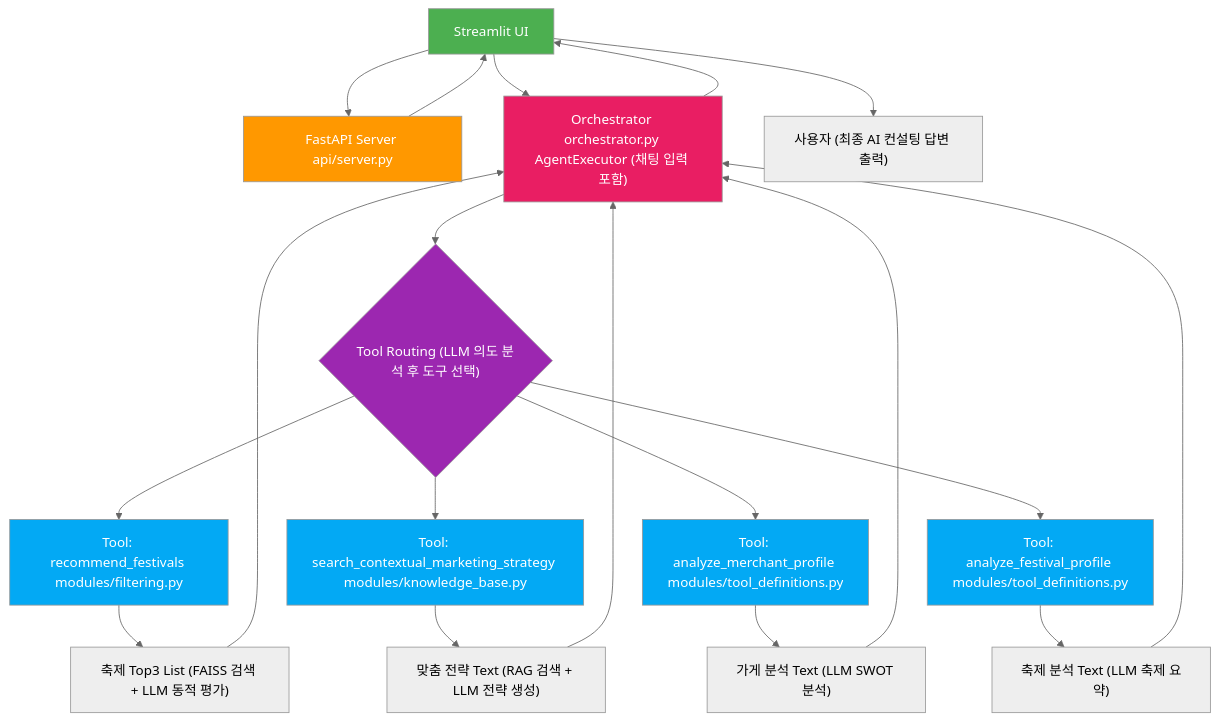
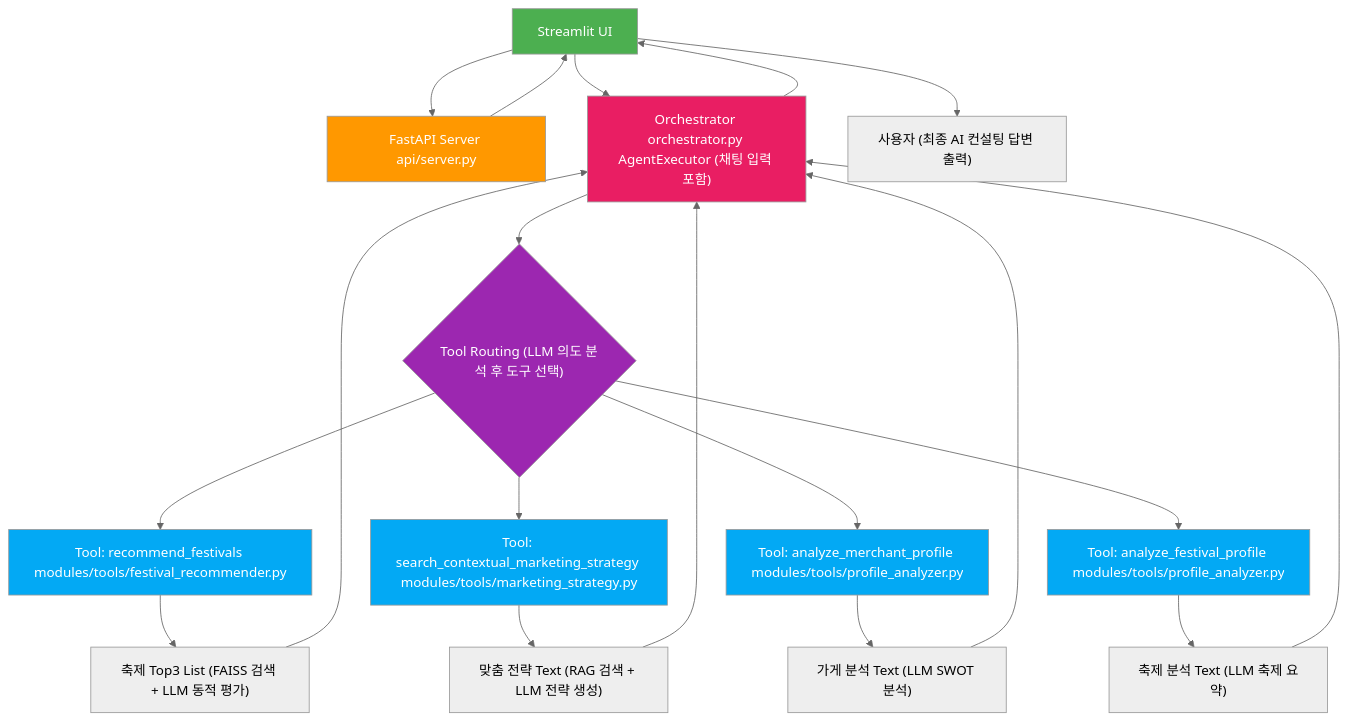
Before and after one commit to Synapse-Bigcontest/shcard_2025_bigcontest: the diagram in README.md, drawn with Mermaid (neutral theme). The commit also changed other lines of this file, not shown here.

````diff
--- a/README.md
+++ b/README.md
@@ -66,38 +96,38 @@
-```mermaid
+``` mermaid
 graph TD
     A["Streamlit UI"] --> B["FastAPI Server api/server.py"]
     B --> A["Streamlit UI"]
     
     A --> C["Orchestrator orchestrator.py AgentExecutor (채팅 입력 포함)"]
     
     C --> D{"Tool Routing (LLM 의도 분석 후 도구 선택)"}
     
-    D --> E["Tool: recommend_festivals modules/filtering.py"]
+    D --> E["Tool: recommend_festivals modules/tools/festival_recommender.py"]
     E --> F["축제 Top3 List (FAISS 검색 + LLM 동적 평가)"]
     
-    D --> G["Tool: search_contextual_marketing_strategy modules/knowledge_base.py"]
+    D --> G["Tool: search_contextual_marketing_strategy modules/tools/marketing_strategy.py"]
     G --> H["맞춤 전략 Text (RAG 검색 + LLM 전략 생성)"]
     
-    D --> I["Tool: analyze_merchant_profile modules/tool_definitions.py"]
+    D --> I["Tool: analyze_merchant_profile modules/tools/profile_analyzer.py"]
     I --> J["가게 분석 Text (LLM SWOT 분석)"]
     
-    D --> K["Tool: analyze_festival_profile modules/tool_definitions.py"]
+    D --> K["Tool: analyze_festival_profile modules/tools/profile_analyzer.py"]
     K --> L["축제 분석 Text (LLM 축제 요약)"]
     
     F --> C
     H --> C
     J --> C
     L --> C
     
     C --> A
     A --> M["사용자 (최종 AI 컨설팅 답변 출력)"]
 
     style A fill:#4CAF50,color:#fff
     style B fill:#FF9800,color:#fff
     style C fill:#E91E63,color:#fff
     style D fill:#9C27B0,color:#fff
     style E fill:#03A9F4,color:#fff
     style G fill:#03A9F4,color:#fff
     style I fill:#03A9F4,color:#fff
     style K fill:#03A9F4,color:#fff
 ```
````
